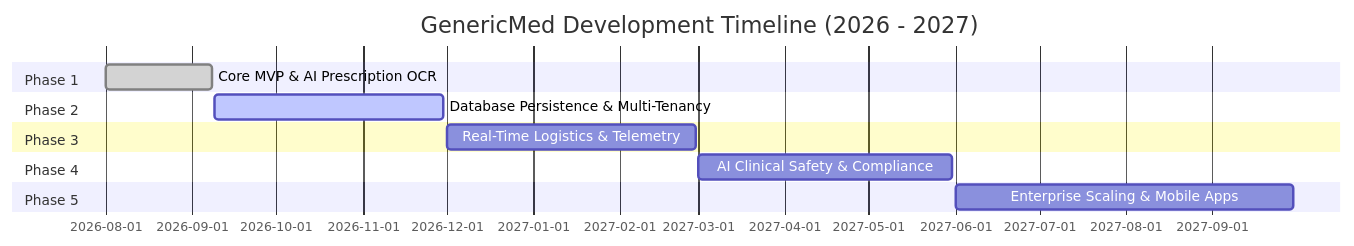
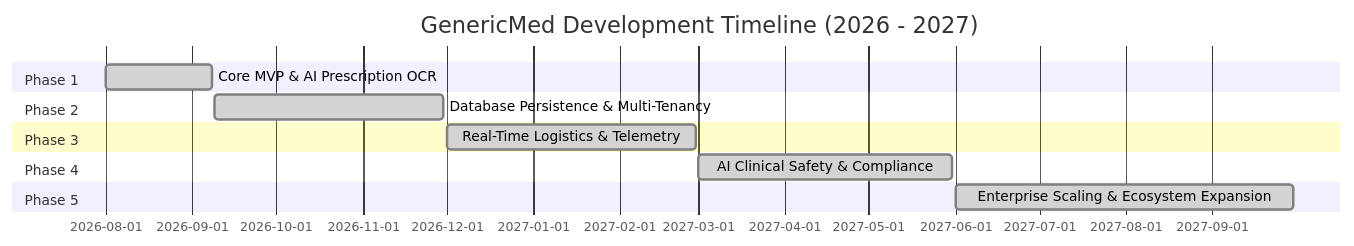
One commit to gayatrigangode829-png/genericmde changed the diagram in phases.md. Above: the diagram before and after it, drawn with Mermaid. The commit also changed other lines of this file and 61 other files, not shown here.

````diff
--- a/phases.md
+++ b/phases.md
@@ -9,15 +9,15 @@
 ```mermaid
 gantt
     title GenericMed Development Timeline (2026 - 2027)
     dateFormat  YYYY-MM-DD
     section Phase 1
     Core MVP & AI Prescription OCR     :done,    p1, 2026-08-01, 2026-09-08
     section Phase 2
-    Database Persistence & Multi-Tenancy:active,  p2, 2026-09-09, 2026-11-30
+    Database Persistence & Multi-Tenancy:done,    p2, 2026-09-09, 2026-11-30
     section Phase 3
-    Real-Time Logistics & Telemetry     :         p3, 2026-12-01, 2027-02-28
+    Real-Time Logistics & Telemetry     :done,    p3, 2026-12-01, 2027-02-28
     section Phase 4
-    AI Clinical Safety & Compliance     :         p4, 2027-03-01, 2027-05-31
+    AI Clinical Safety & Compliance     :done,    p4, 2027-03-01, 2027-05-31
     section Phase 5
-    Enterprise Scaling & Mobile Apps    :         p5, 2027-06-01, 2027-09-30
+    Enterprise Scaling & Ecosystem Expansion:done,p5, 2027-06-01, 2027-09-30
 ```
````
